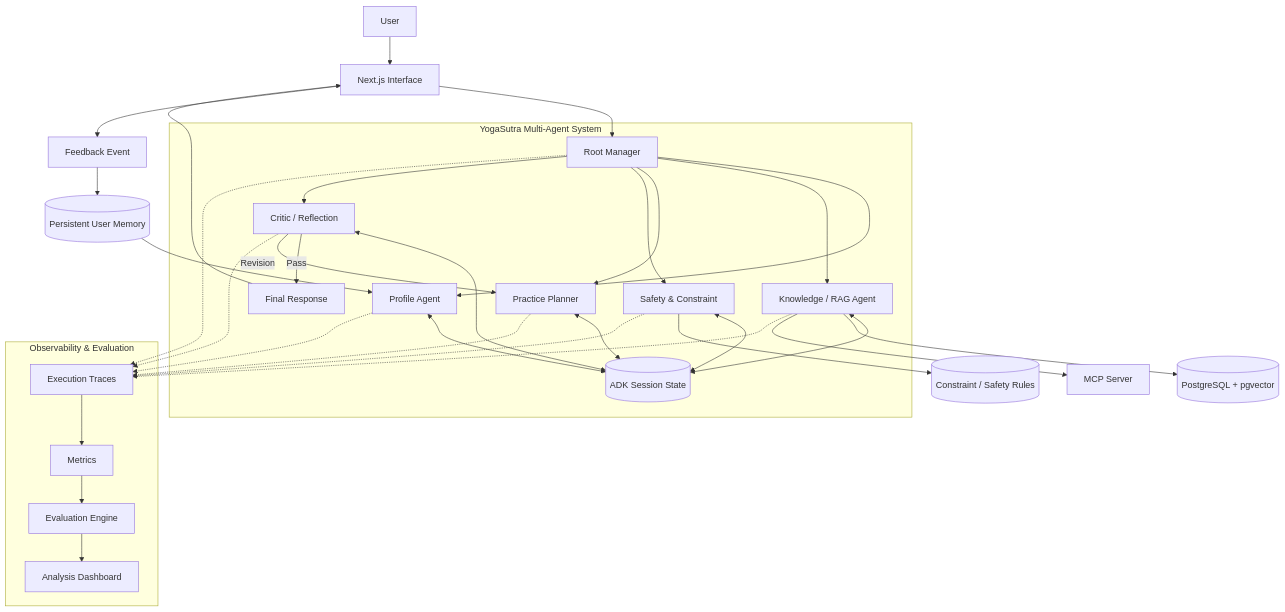
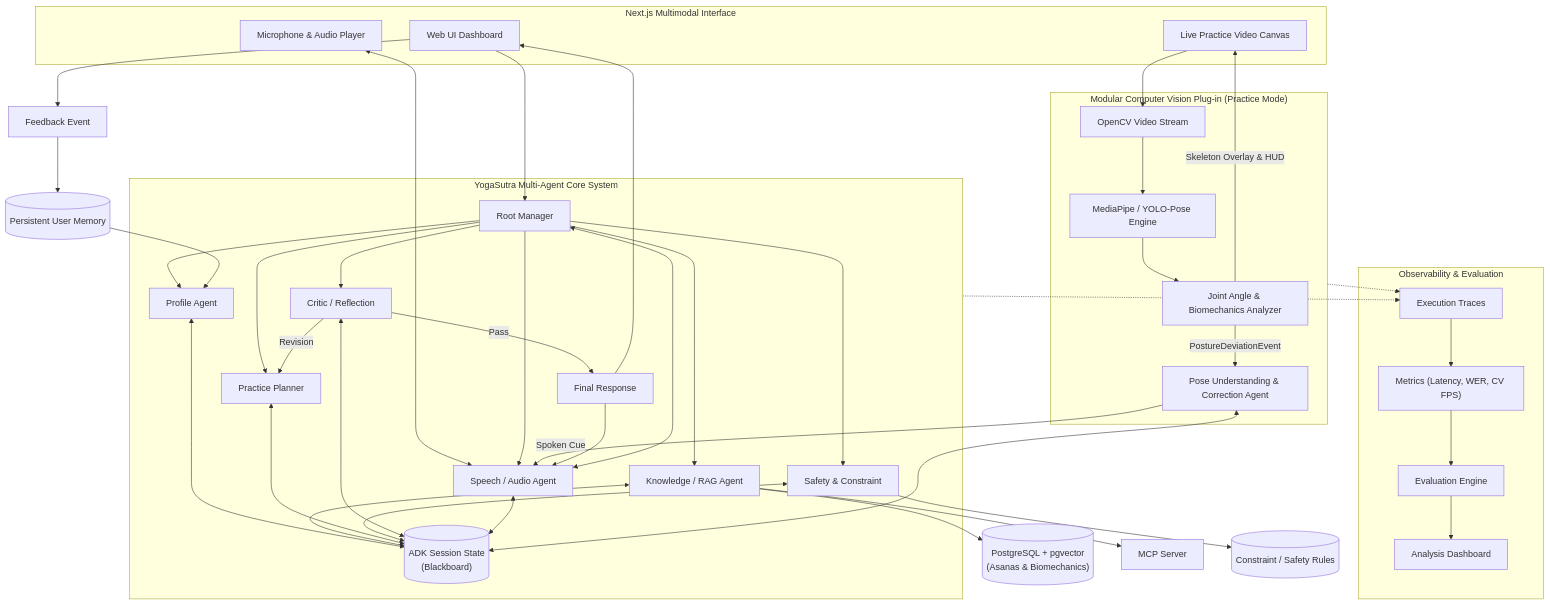
Before and after one commit to ojhaprathmesh/YogaSutra_Repo: diagram 30 of 31 in PLAN.md, drawn with Mermaid. The commit also changed other lines of this file, not shown here.

Commit message:
docs(plan): update PLAN.md with multimodal roadmap and mark phase-1 definition of done

````diff
--- a/PLAN.md
+++ b/PLAN.md
@@ -2369,50 +2545,65 @@
 ``` mermaid
 flowchart TB
-    U["User"] --> UI["Next.js Interface"]
+    subgraph UI_Layer["Next.js Multimodal Interface"]
+        UI["Web UI Dashboard"]
+        VOICE["Microphone & Audio Player"]
+        VISION["Live Practice Video Canvas"]
+    end
 
     UI --> R["Root Manager"]
+    VOICE <--> SA["Speech / Audio Agent"]
+    SA <--> R
 
-    subgraph MAS["YogaSutra Multi-Agent System"]
+    subgraph MAS["YogaSutra Multi-Agent Core System"]
         R --> P["Profile Agent"]
         R --> K["Knowledge / RAG Agent"]
         R --> PL["Practice Planner"]
         R --> SV["Safety & Constraint"]
         R --> CR["Critic / Reflection"]
+        R --> SA
 
-        P <--> ST[("ADK Session State")]
+        P <--> ST[("ADK Session State\n(Blackboard)")]
         K <--> ST
         PL <--> ST
         SV <--> ST
         CR <--> ST
+        SA <--> ST
 
         CR -->|Pass| OUT["Final Response"]
         CR -->|Revision| PL
     end
 
-    K --> PG[("PostgreSQL + pgvector")]
+    subgraph CV_Plugin["Modular Computer Vision Plug-in (Practice Mode)"]
+        VISION --> CAM["OpenCV Video Stream"]
+        CAM --> MP["MediaPipe / YOLO-Pose Engine"]
+        MP --> GEOM["Joint Angle & Biomechanics Analyzer"]
+        GEOM -->|PostureDeviationEvent| POA["Pose Understanding & Correction Agent"]
+        POA <--> ST
+        POA -->|Spoken Cue| SA
+        GEOM -->|Skeleton Overlay & HUD| VISION
+    end
+
+    K --> PG[("PostgreSQL + pgvector\n(Asanas & Biomechanics)")]
     K --> MCP["MCP Server"]
     SV --> RULES[("Constraint / Safety Rules")]
 
     OUT --> UI
+    OUT --> SA
     UI --> FB["Feedback Event"]
     FB --> MEM[("Persistent User Memory")]
     MEM --> P
 
     subgraph OBS["Observability & Evaluation"]
         TRACE["Execution Traces"]
-        MET["Metrics"]
+        MET["Metrics (Latency, WER, CV FPS)"]
         EVAL["Evaluation Engine"]
         DASH["Analysis Dashboard"]
     end
 
-    R -.-> TRACE
-    P -.-> TRACE
-    K -.-> TRACE
-    PL -.-> TRACE
-    SV -.-> TRACE
-    CR -.-> TRACE
+    MAS -.-> TRACE
+    CV_Plugin -.-> TRACE
 
     TRACE --> MET
     MET --> EVAL
     EVAL --> DASH
 ```
````
